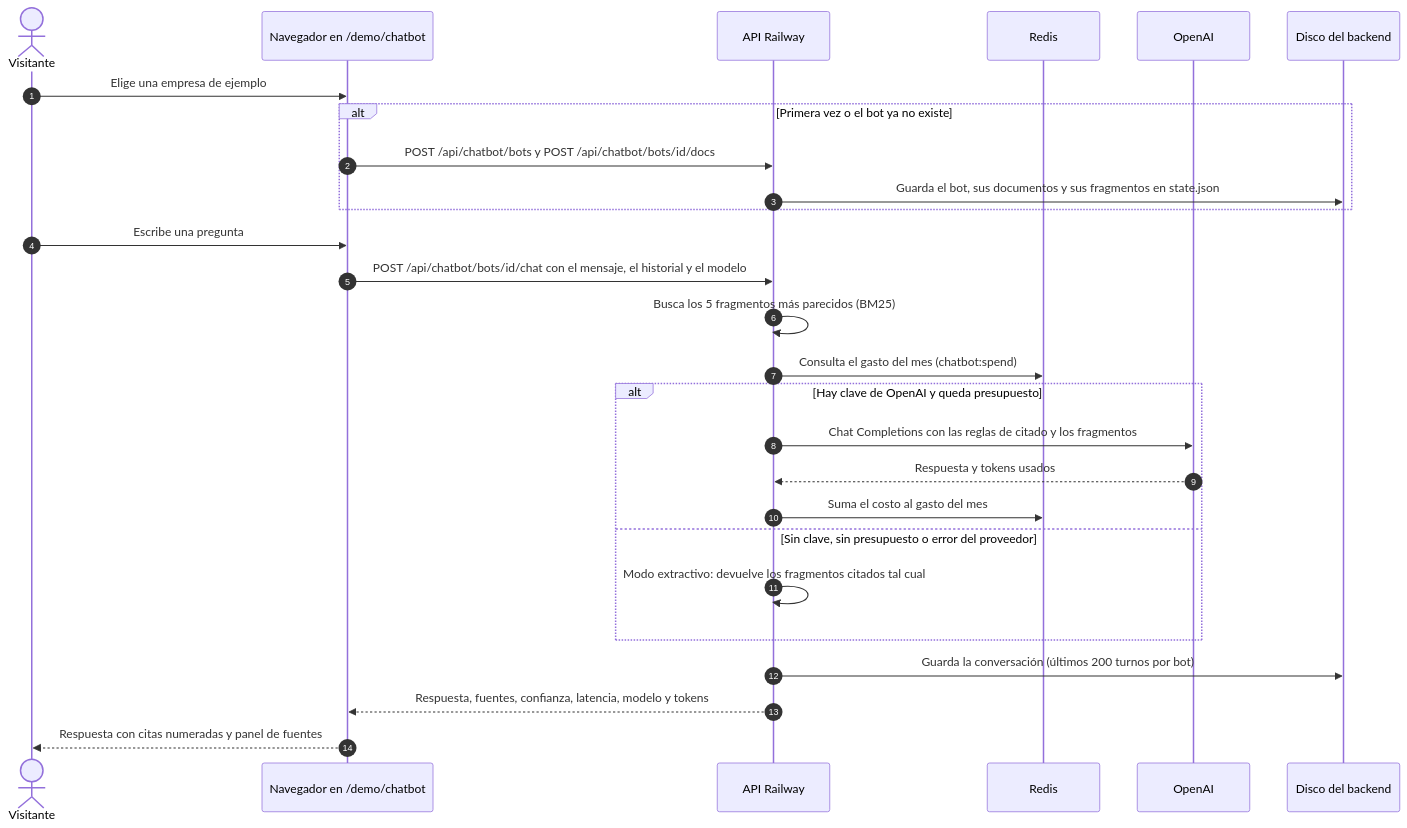
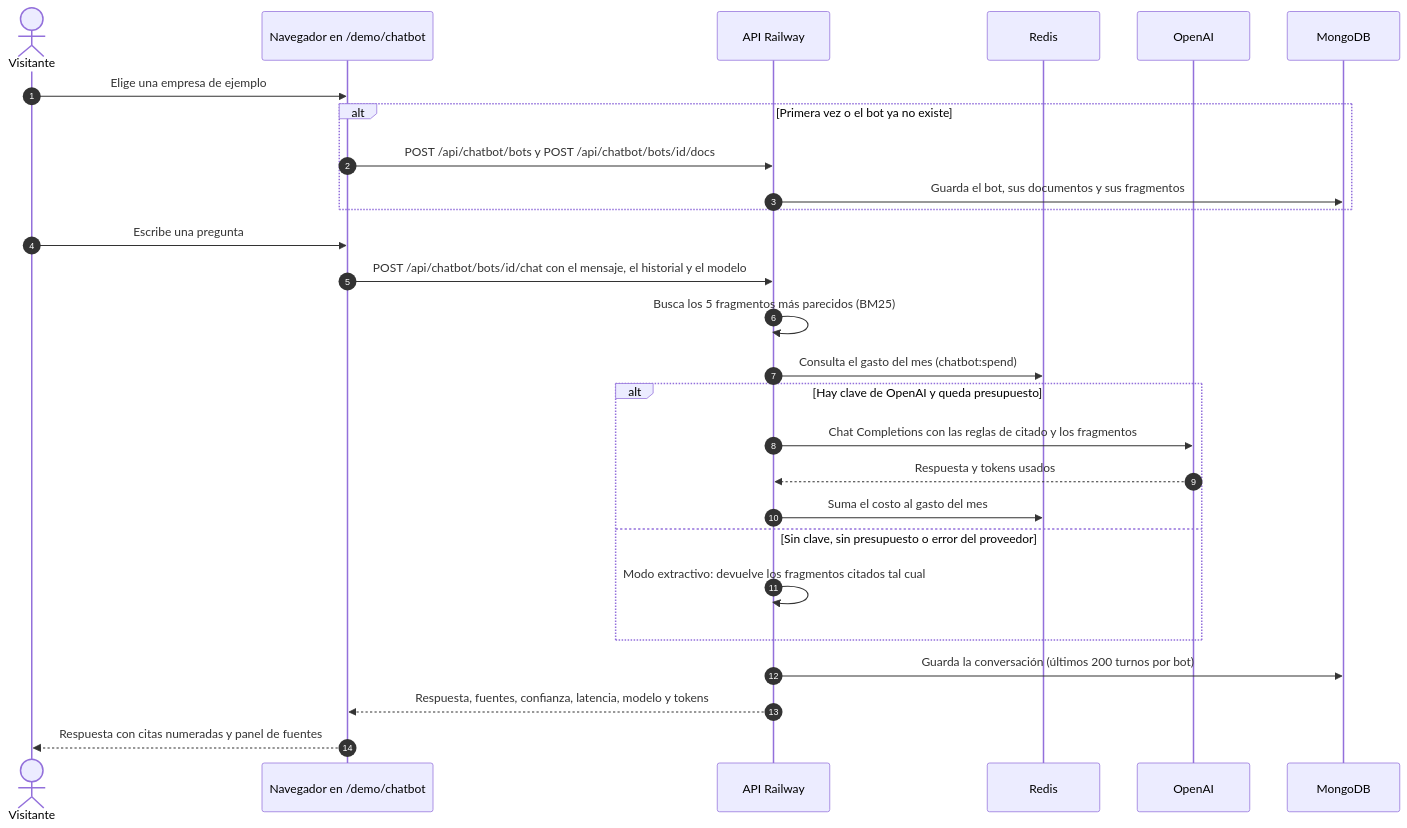
Before and after one commit to ronalc90/koptup: the fifth of 8 diagrams in docs/wiki/Doc-01-Arquitectura.md, drawn with Mermaid. The commit also changed other lines of this file and 90 other files, not shown here.

````diff
--- a/docs/wiki/Doc-01-Arquitectura.md
+++ b/docs/wiki/Doc-01-Arquitectura.md
@@ -285,30 +285,30 @@
 ```mermaid
 sequenceDiagram
     autonumber
     actor V as Visitante
     participant N as Navegador en /demo/chatbot
     participant A as API Railway
     participant R as Redis
     participant O as OpenAI
-    participant F as Disco del backend
+    participant F as MongoDB
 
     V->>N: Elige una empresa de ejemplo
     alt Primera vez o el bot ya no existe
         N->>A: POST /api/chatbot/bots y POST /api/chatbot/bots/id/docs
-        A->>F: Guarda el bot, sus documentos y sus fragmentos en state.json
+        A->>F: Guarda el bot, sus documentos y sus fragmentos
     end
     V->>N: Escribe una pregunta
     N->>A: POST /api/chatbot/bots/id/chat con el mensaje, el historial y el modelo
     A->>A: Busca los 5 fragmentos más parecidos (BM25)
     A->>R: Consulta el gasto del mes (chatbot:spend)
     alt Hay clave de OpenAI y queda presupuesto
         A->>O: Chat Completions con las reglas de citado y los fragmentos
         O-->>A: Respuesta y tokens usados
         A->>R: Suma el costo al gasto del mes
     else Sin clave, sin presupuesto o error del proveedor
         A->>A: Modo extractivo: devuelve los fragmentos citados tal cual
     end
     A->>F: Guarda la conversación (últimos 200 turnos por bot)
     A-->>N: Respuesta, fuentes, confianza, latencia, modelo y tokens
     N-->>V: Respuesta con citas numeradas y panel de fuentes
 ```
````
